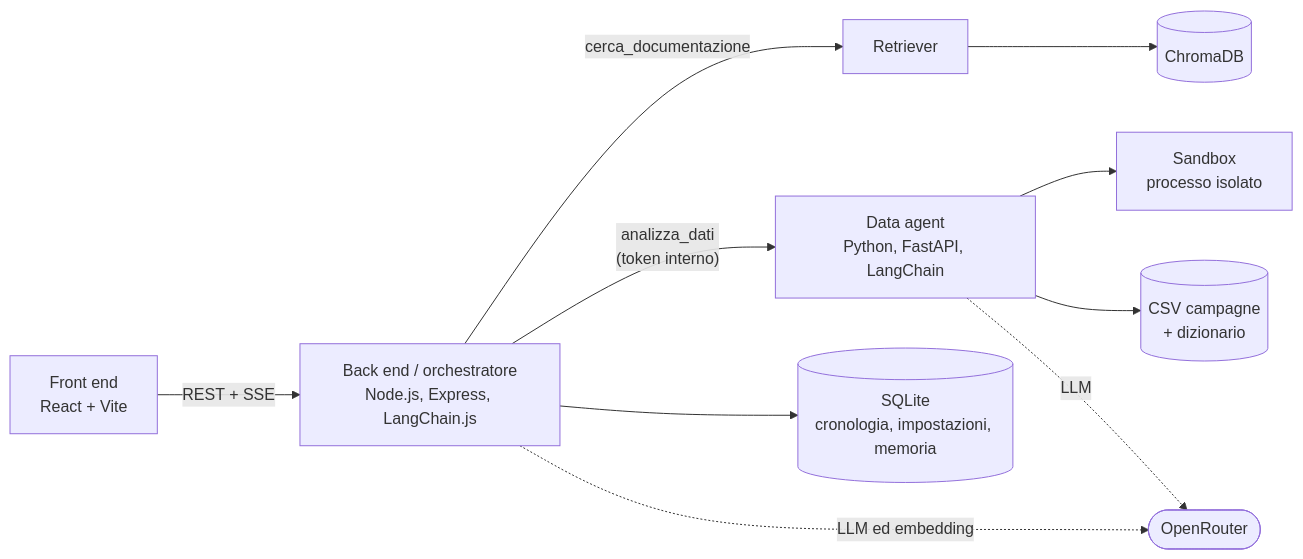
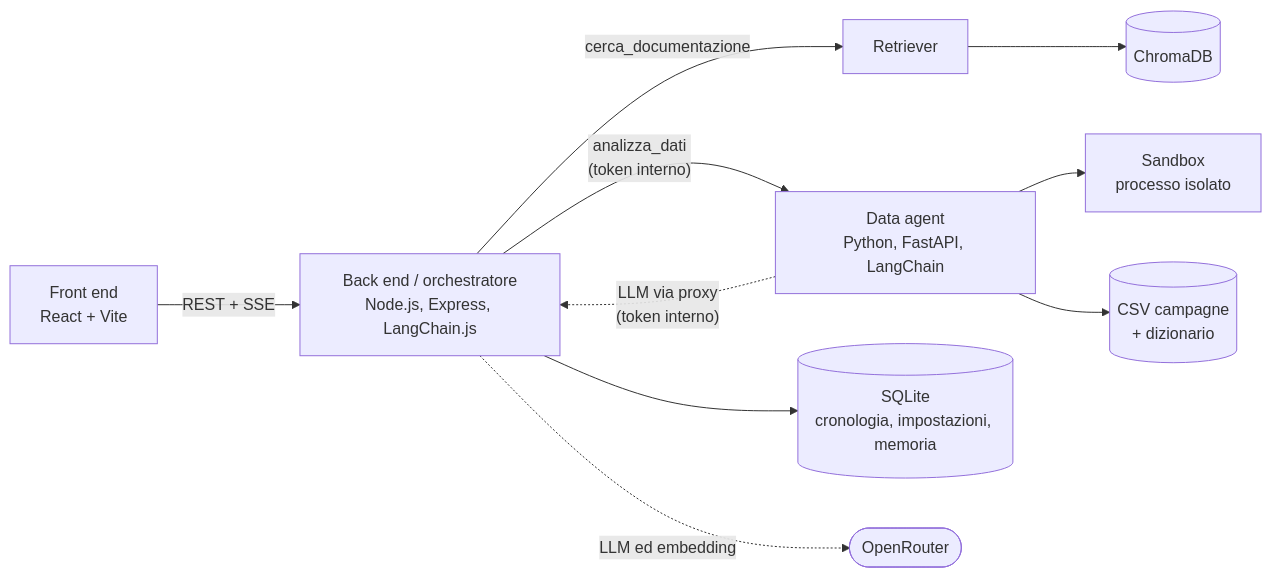
Before and after one commit to giuvul/wayfare-media-agents: the diagram in README.md, drawn with Mermaid. The commit also changed other lines of this file and 20 other files, not shown here.

First line of the commit message:
Proxy LLM nel back end: il data agent senza chiave né internet; documentazione di scenario e sicurezza

````diff
--- a/README.md
+++ b/README.md
@@ -36,12 +36,12 @@
 ```mermaid
 flowchart LR
   UI["Front end<br/>React + Vite"] -- "REST + SSE" --> BE["Back end / orchestratore<br/>Node.js, Express, LangChain.js"]
   BE -- "cerca_documentazione" --> RAG["Retriever"]
   RAG --> CH[("ChromaDB")]
   BE -- "analizza_dati<br/>(token interno)" --> DA["Data agent<br/>Python, FastAPI, LangChain"]
   DA --> SB["Sandbox<br/>processo isolato"]
   DA --> CSV[("CSV campagne<br/>+ dizionario")]
   BE --> DB[("SQLite<br/>cronologia, impostazioni, memoria")]
   BE -. "LLM ed embedding" .-> OR(["OpenRouter"])
-  DA -. "LLM" .-> OR
+  DA -. "LLM via proxy<br/>(token interno)" .-> BE
 ```
````
